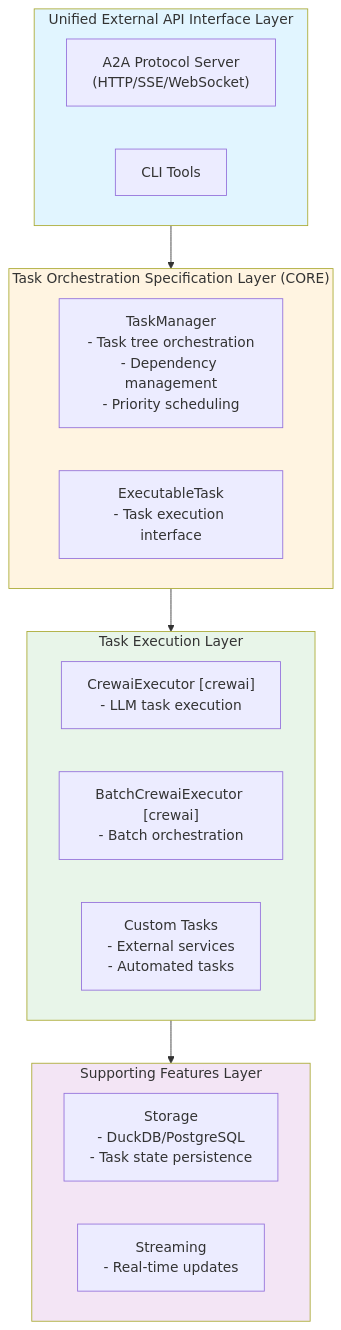
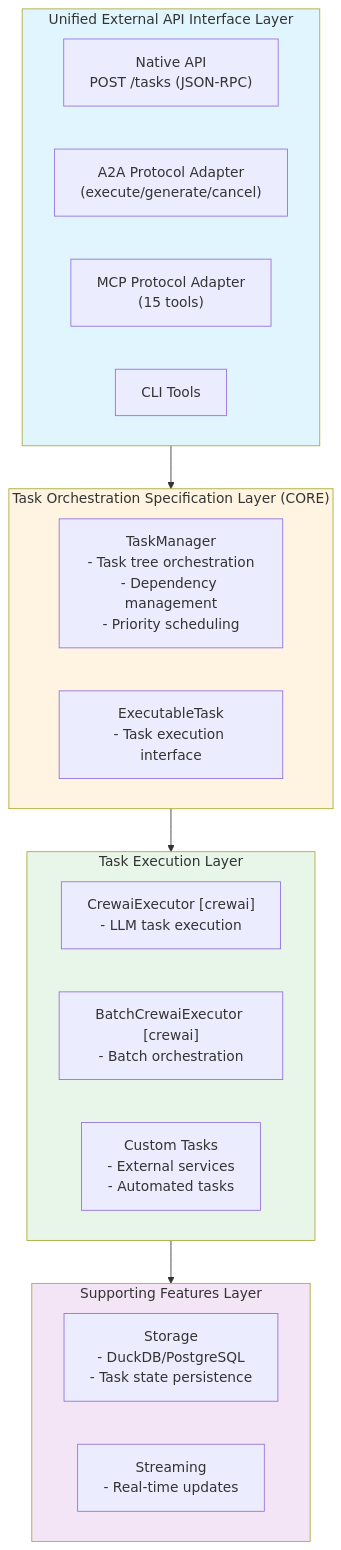
Before and after one commit to aipartnerup/apflow: the diagram in docs/architecture/overview.md, drawn with Mermaid. The commit also changed other lines of this file and 13 other files, not shown here.

````diff
--- a/docs/architecture/overview.md
+++ b/docs/architecture/overview.md
@@ -18,32 +18,34 @@
 ```mermaid
 flowchart TD
     subgraph APILayer["Unified External API Interface Layer"]
-        A2AServer["A2A Protocol Server<br/>(HTTP/SSE/WebSocket)"]
+        NativeAPI["Native API<br/>POST /tasks (JSON-RPC)"]
+        A2AServer["A2A Protocol Adapter<br/>(execute/generate/cancel)"]
+        MCPServer["MCP Protocol Adapter<br/>(15 tools)"]
         CLI["CLI Tools"]
     end
     
     subgraph OrchestrationLayer["Task Orchestration Specification Layer (CORE)"]
         TaskManager["TaskManager<br/>- Task tree orchestration<br/>- Dependency management<br/>- Priority scheduling"]
         ExecutableTask["ExecutableTask<br/>- Task execution interface"]
     end
     
     subgraph ExecutionLayer["Task Execution Layer"]
         CrewaiExecutor["CrewaiExecutor [crewai]<br/>- LLM task execution"]
         BatchCrewaiExecutor["BatchCrewaiExecutor [crewai]<br/>- Batch orchestration"]
         CustomTasks["Custom Tasks<br/>- External services<br/>- Automated tasks"]
     end
     
     subgraph SupportLayer["Supporting Features Layer"]
         Storage["Storage<br/>- DuckDB/PostgreSQL<br/>- Task state persistence"]
         Streaming["Streaming<br/>- Real-time updates"]
     end
     
     APILayer --> OrchestrationLayer
     OrchestrationLayer --> ExecutionLayer
     ExecutionLayer --> SupportLayer
     
     style APILayer fill:#e1f5ff
     style OrchestrationLayer fill:#fff4e1
     style ExecutionLayer fill:#e8f5e9
     style SupportLayer fill:#f3e5f5
 ```
````
